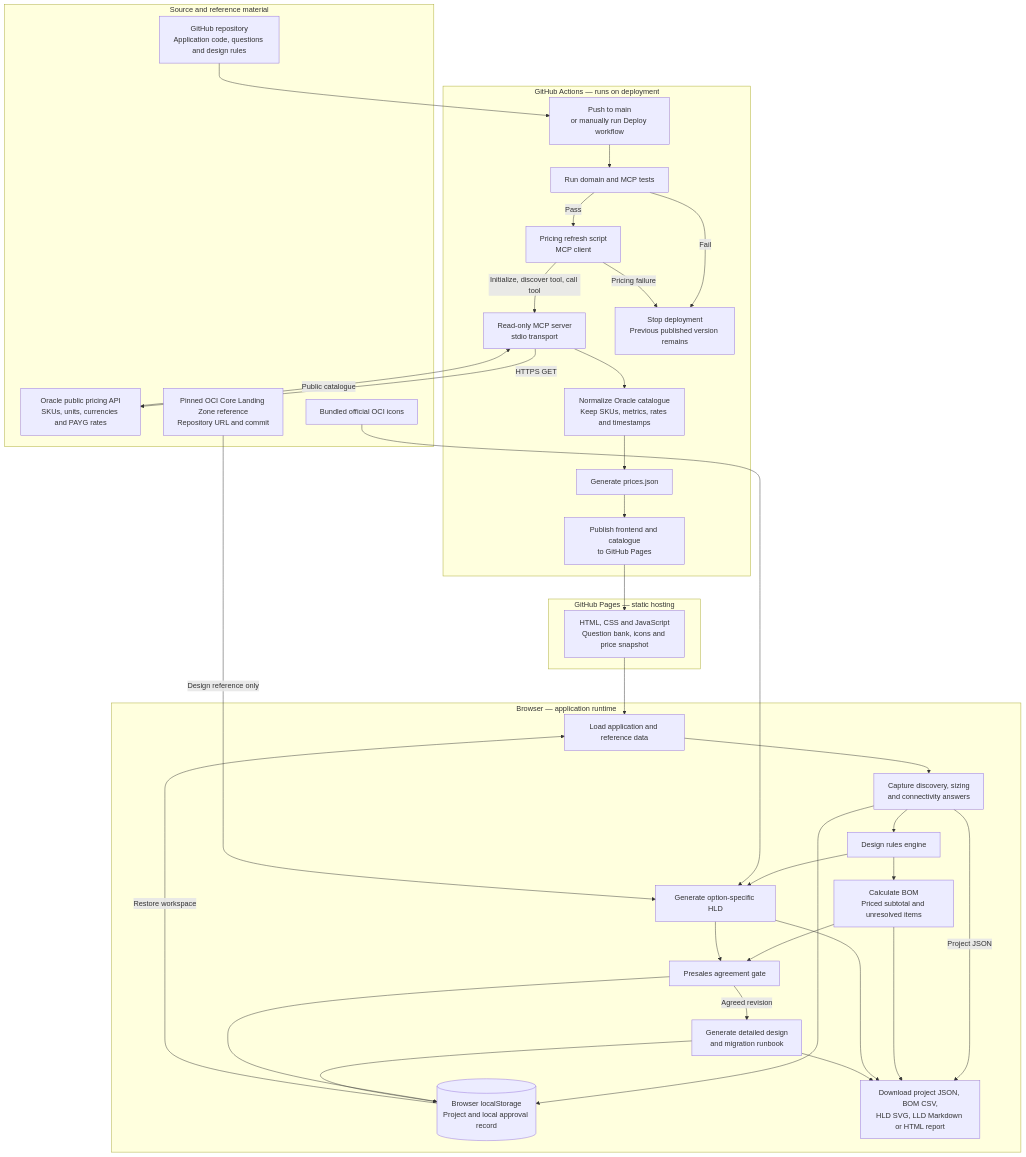
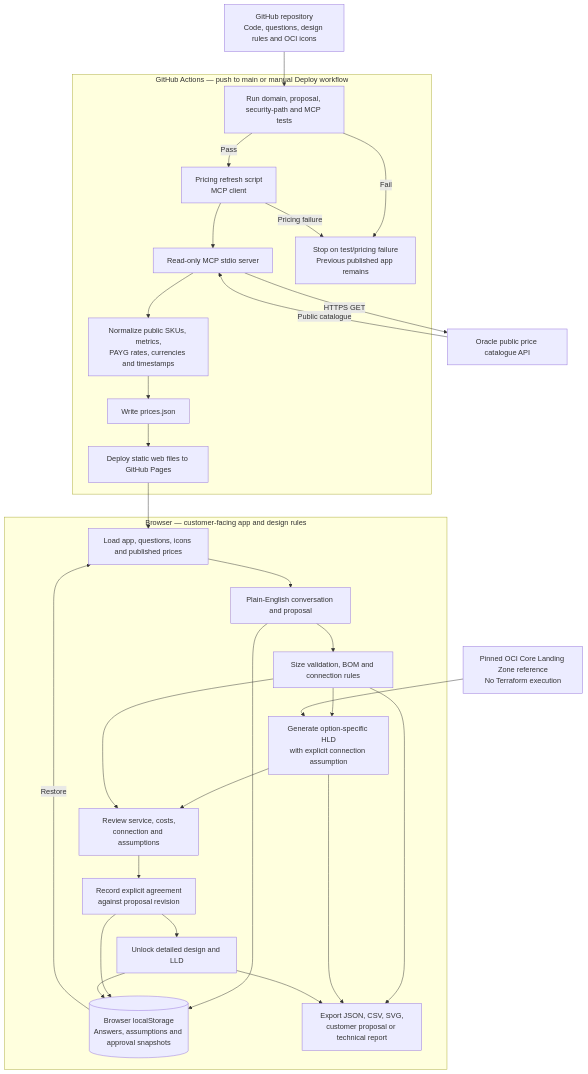
One commit to Ej4z4K/adb-design-studio changed the first of 3 diagrams in docs/backend-flow.md. Above: the diagram before and after it, drawn with Mermaid. The commit also changed other lines of this file and 11 other files, not shown here.

Commit message:
Make presales a plain-English proposal flow with explicit private and restricted-public access

````diff
--- a/docs/backend-flow.md
+++ b/docs/backend-flow.md
@@ -7,70 +7,44 @@
 ```mermaid
 flowchart TB
-    subgraph SOURCES["Source and reference material"]
-        REPO["GitHub repository<br/>Application code, questions and design rules"]
-        ORACLE["Oracle public pricing API<br/>SKUs, units, currencies and PAYG rates"]
-        ICONS["Bundled official OCI icons"]
-        LZ["Pinned OCI Core Landing Zone reference<br/>Repository URL and commit"]
-    end
-
-    subgraph CI["GitHub Actions — runs on deployment"]
-        TRIGGER["Push to main<br/>or manually run Deploy workflow"]
-        TEST["Run domain and MCP tests"]
+    REPO["GitHub repository<br/>Code, questions, design rules and OCI icons"]
+    subgraph ACTIONS["GitHub Actions — push to main or manual Deploy workflow"]
+        TEST["Run domain, proposal, security-path and MCP tests"]
         CLIENT["Pricing refresh script<br/>MCP client"]
-        MCP["Read-only MCP server<br/>stdio transport"]
-        NORMALIZE["Normalize Oracle catalogue<br/>Keep SKUs, metrics, rates and timestamps"]
-        JSON["Generate prices.json"]
-        DEPLOY["Publish frontend and catalogue<br/>to GitHub Pages"]
-        STOP["Stop deployment<br/>Previous published version remains"]
-
-        TRIGGER --> TEST
-        TEST -->|Pass| CLIENT
-        CLIENT -->|Initialize, discover tool, call tool| MCP
-        MCP --> NORMALIZE
-        NORMALIZE --> JSON
-        JSON --> DEPLOY
+        MCP["Read-only MCP stdio server"]
+        NORMALIZE["Normalize public SKUs, metrics,<br/>PAYG rates, currencies and timestamps"]
+        SNAPSHOT["Write prices.json"]
+        DEPLOY["Deploy static web files to GitHub Pages"]
+        STOP["Stop on test/pricing failure<br/>Previous published app remains"]
+        TEST -->|Pass| CLIENT --> MCP
+        MCP --> NORMALIZE --> SNAPSHOT --> DEPLOY
         TEST -->|Fail| STOP
         CLIENT -->|Pricing failure| STOP
     end
-
-    REPO --> TRIGGER
+    ORACLE["Oracle public price catalogue API"]
+    REPO --> TEST
     MCP -->|HTTPS GET| ORACLE
     ORACLE -->|Public catalogue| MCP
-
-    subgraph PAGES["GitHub Pages — static hosting"]
-        ASSETS["HTML, CSS and JavaScript<br/>Question bank, icons and price snapshot"]
+    subgraph BROWSER["Browser — customer-facing app and design rules"]
+        LOAD["Load app, questions, icons and published prices"]
+        SALES["Plain-English conversation and proposal"]
+        MODEL["Size validation, BOM and connection rules"]
+        HLD["Generate option-specific HLD<br/>with explicit connection assumption"]
+        REVIEW["Review service, costs,<br/>connection and assumptions"]
+        GATE["Record explicit agreement<br/>against proposal revision"]
+        DESIGN["Unlock detailed design and LLD"]
+        STORAGE[("Browser localStorage<br/>Answers, assumptions and approval snapshots")]
+        EXPORT["Export JSON, CSV, SVG,<br/>customer proposal or technical report"]
+        LOAD --> SALES --> MODEL
+        MODEL --> HLD --> REVIEW
+        MODEL --> REVIEW --> GATE --> DESIGN
+        SALES --> STORAGE
+        GATE --> STORAGE
+        DESIGN --> STORAGE
+        STORAGE -->|Restore| LOAD
+        MODEL --> EXPORT
+        HLD --> EXPORT
+        DESIGN --> EXPORT
     end
-    DEPLOY --> ASSETS
-
-    subgraph BROWSER["Browser — application runtime"]
-        LOAD["Load application and reference data"]
-        INPUT["Capture discovery, sizing<br/>and connectivity answers"]
-        ENGINE["Design rules engine"]
-        BOM["Calculate BOM<br/>Priced subtotal and unresolved items"]
-        HLD["Generate option-specific HLD"]
-        GATE["Presales agreement gate"]
-        LLD["Generate detailed design<br/>and migration runbook"]
-        STORE[("Browser localStorage<br/>Project and local approval record")]
-        EXPORT["Download project JSON, BOM CSV,<br/>HLD SVG, LLD Markdown or HTML report"]
-
-        LOAD --> INPUT
-        INPUT --> ENGINE
-        ENGINE --> BOM
-        ENGINE --> HLD
-        BOM --> GATE
-        HLD --> GATE
-        GATE -->|Agreed revision| LLD
-        INPUT --> STORE
-        GATE --> STORE
-        LLD --> STORE
-        INPUT -->|Project JSON| EXPORT
-        BOM --> EXPORT
-        HLD --> EXPORT
-        LLD --> EXPORT
-        STORE -->|Restore workspace| LOAD
-    end
-
-    ASSETS --> LOAD
-    ICONS --> HLD
-    LZ -->|Design reference only| HLD
+    DEPLOY --> LOAD
+    LZ["Pinned OCI Core Landing Zone reference<br/>No Terraform execution"] --> HLD
 ```
````
